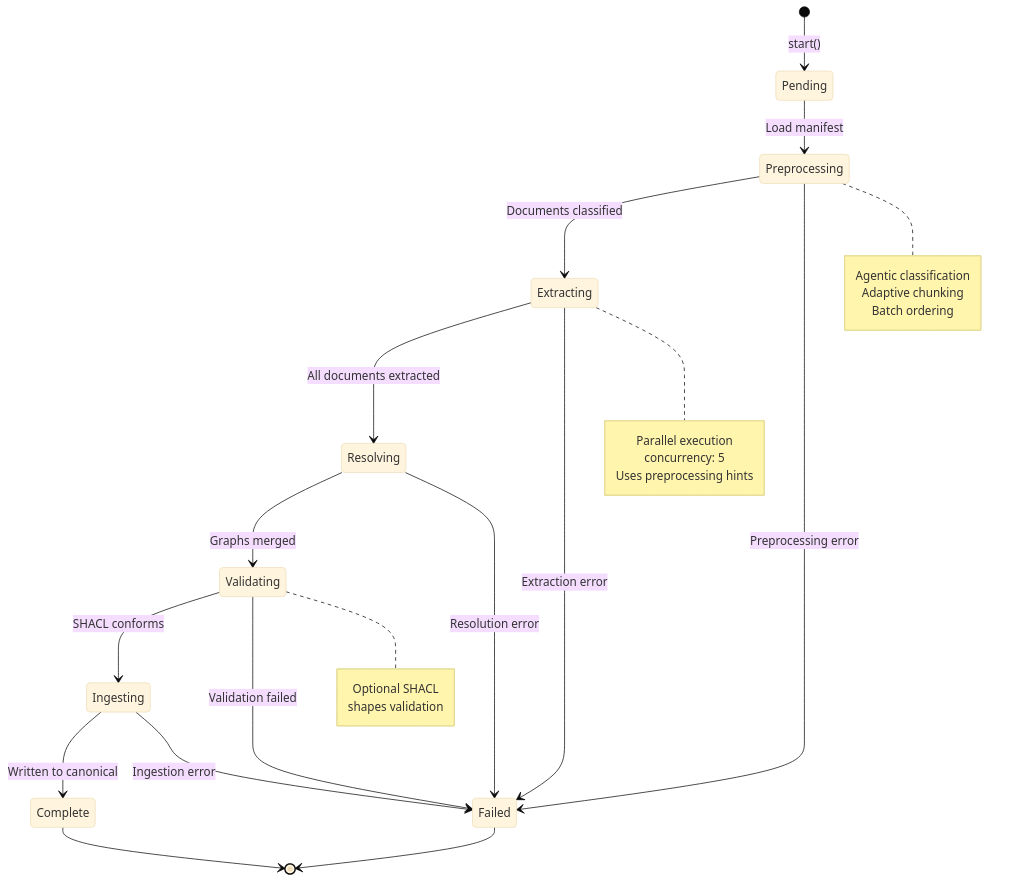
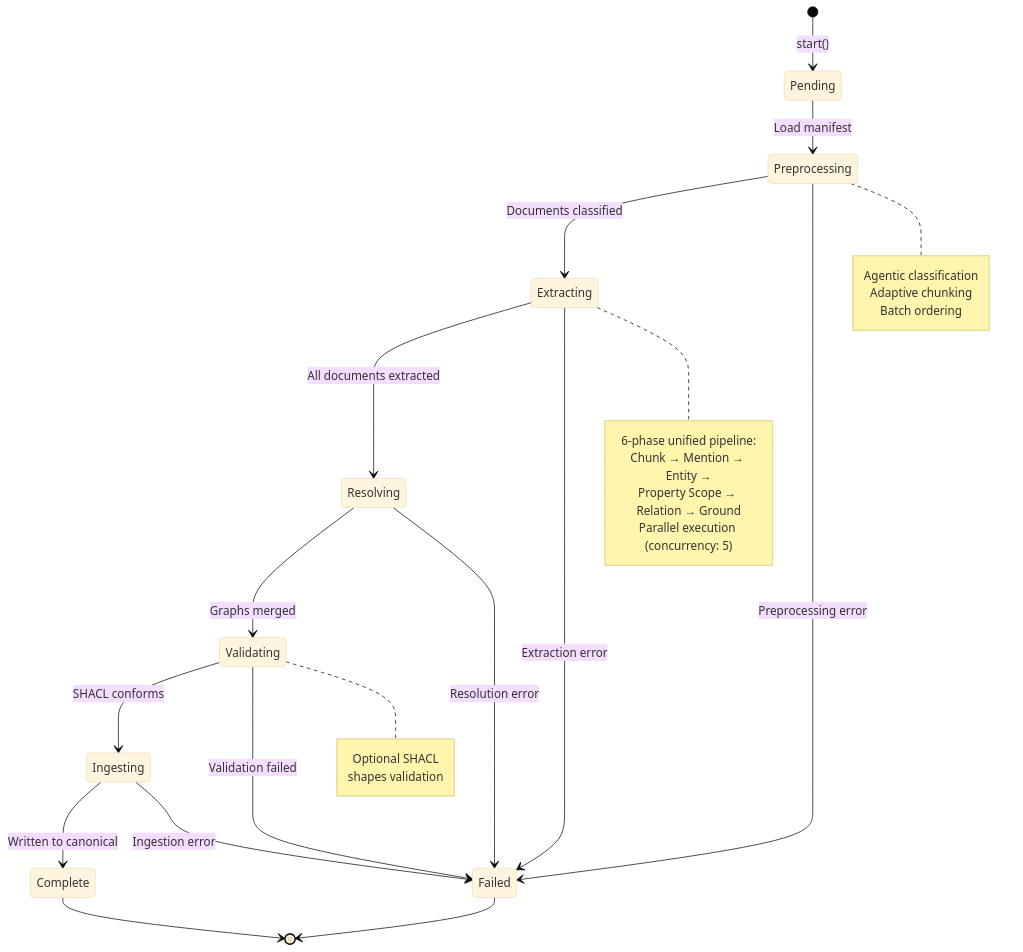
One commit to mepuka/effect-ontology changed the third of 18 diagrams in packages/@core-v2/docs/architecture/system-architecture.md. Above: the diagram before and after it, drawn with Mermaid (base theme). The commit also changed other lines of this file and 62 other files, not shown here.

````diff
--- a/packages/@core-v2/docs/architecture/system-architecture.md
+++ b/packages/@core-v2/docs/architecture/system-architecture.md
@@ -208,41 +223,42 @@
 ```mermaid
 stateDiagram-v2
     [*] --> Pending: start()
 
     Pending --> Preprocessing: Load manifest
 
     Preprocessing --> Extracting: Documents classified
     Preprocessing --> Failed: Preprocessing error
 
     Extracting --> Resolving: All documents extracted
     Extracting --> Failed: Extraction error
 
     Resolving --> Validating: Graphs merged
     Resolving --> Failed: Resolution error
 
     Validating --> Ingesting: SHACL conforms
     Validating --> Failed: Validation failed
 
     Ingesting --> Complete: Written to canonical
     Ingesting --> Failed: Ingestion error
 
     Complete --> [*]
     Failed --> [*]
 
     note right of Preprocessing
         Agentic classification
         Adaptive chunking
         Batch ordering
     end note
 
     note right of Extracting
-        Parallel execution
-        concurrency: 5
-        Uses preprocessing hints
+        6-phase unified pipeline:
+        Chunk → Mention → Entity →
+        Property Scope → Relation → Ground
+        Parallel execution (concurrency: 5)
     end note
 
     note right of Validating
         Optional SHACL
         shapes validation
     end note
 ```
````
